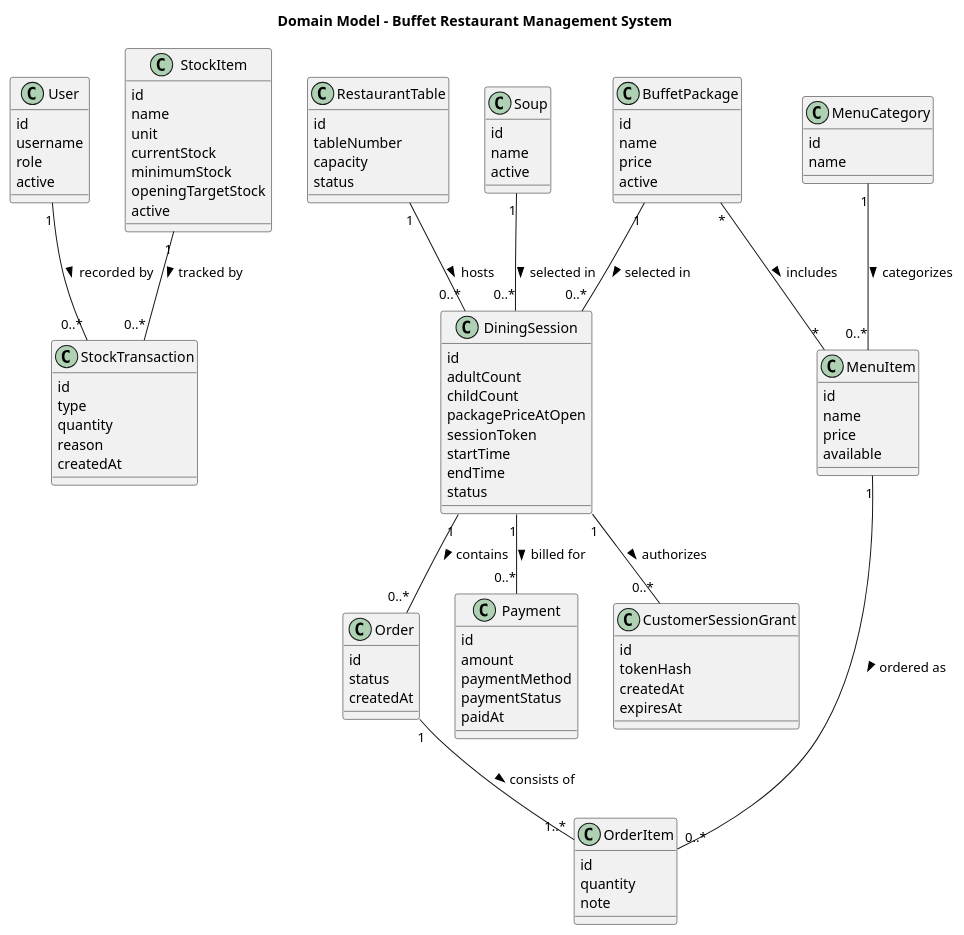
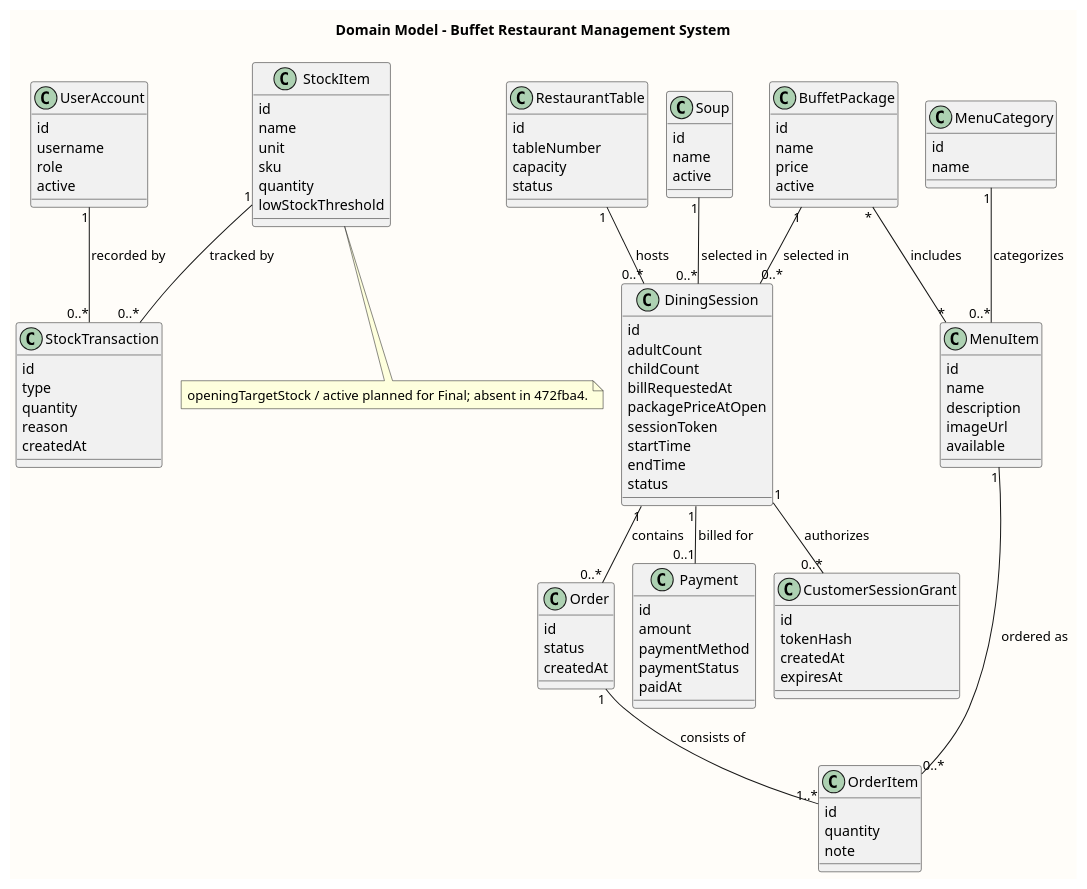
One commit to PavaritPramual/buffet-restaurant-management-system changed the diagram in doc/diagrams/domain-model.puml. Above: the diagram before and after it, drawn with PlantUML. The commit also changed 22 other files, not shown here.

Commit message:
docs: align component and session diagrams with runtime flow

```diff
--- a/doc/diagrams/domain-model.puml
+++ b/doc/diagrams/domain-model.puml
@@ -1,119 +1,129 @@
 @startuml
+!pragma layout smetana
+skinparam shadowing false
+skinparam classAttributeIconSize 0
+skinparam backgroundColor #FFFDF9
+skinparam defaultFontName Tahoma
+
 title Domain Model - Buffet Restaurant Management System
 
 skinparam classAttributeIconSize 0
 skinparam shadowing false
 
-class User {
+class UserAccount {
     id
     username
     role
     active
 }
 
 class RestaurantTable {
     id
     tableNumber
     capacity
     status
 }
 
 class DiningSession {
     id
     adultCount
     childCount
+    billRequestedAt
     packagePriceAtOpen
     sessionToken
     startTime
     endTime
     status
 }
 
 class CustomerSessionGrant {
     id
     tokenHash
     createdAt
     expiresAt
 }
 
 class BuffetPackage {
     id
     name
     price
     active
 }
 
 class Soup {
     id
     name
     active
 }
 
 class MenuCategory {
     id
     name
 }
 
 class MenuItem {
     id
     name
-    price
+    description
+    imageUrl
     available
 }
 
 class Order {
     id
     status
     createdAt
 }
 
 class OrderItem {
     id
     quantity
     note
 }
 
 class Payment {
     id
     amount
     paymentMethod
     paymentStatus
     paidAt
 }
 
 class StockItem {
     id
     name
     unit
-    currentStock
-    minimumStock
-    openingTargetStock
-    active
+    sku
+    quantity
+    lowStockThreshold
 }
 
 class StockTransaction {
     id
     type
     quantity
     reason
     createdAt
 }
 
 RestaurantTable "1" -- "0..*" DiningSession : hosts >
 BuffetPackage "1" -- "0..*" DiningSession : selected in >
 Soup "1" -- "0..*" DiningSession : selected in >
 
 BuffetPackage "*" -- "*" MenuItem : includes >
 MenuCategory "1" -- "0..*" MenuItem : categorizes >
 
 DiningSession "1" -- "0..*" Order : contains >
 DiningSession "1" -- "0..*" CustomerSessionGrant : authorizes >
 Order "1" -- "1..*" OrderItem : consists of >
 MenuItem "1" -- "0..*" OrderItem : ordered as >
 
-DiningSession "1" -- "0..*" Payment : billed for >
+DiningSession "1" -- "0..1" Payment : billed for >
 
 StockItem "1" -- "0..*" StockTransaction : tracked by >
-User "1" -- "0..*" StockTransaction : recorded by >
+UserAccount "1" -- "0..*" StockTransaction : recorded by >
 
+note bottom of StockItem
+ openingTargetStock / active planned for Final; absent in 472fba4.
+end note
 @enduml
```
